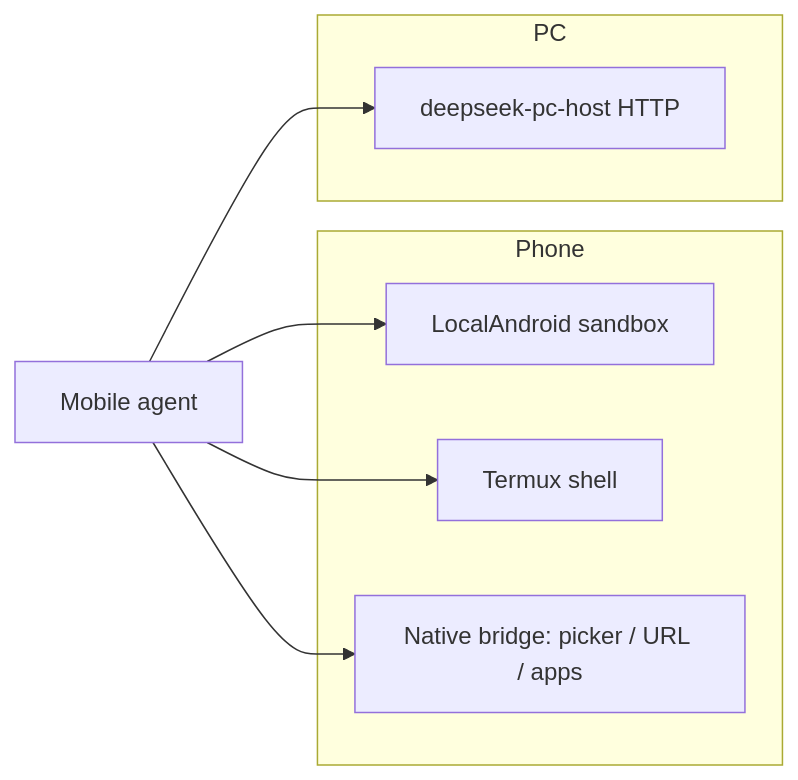
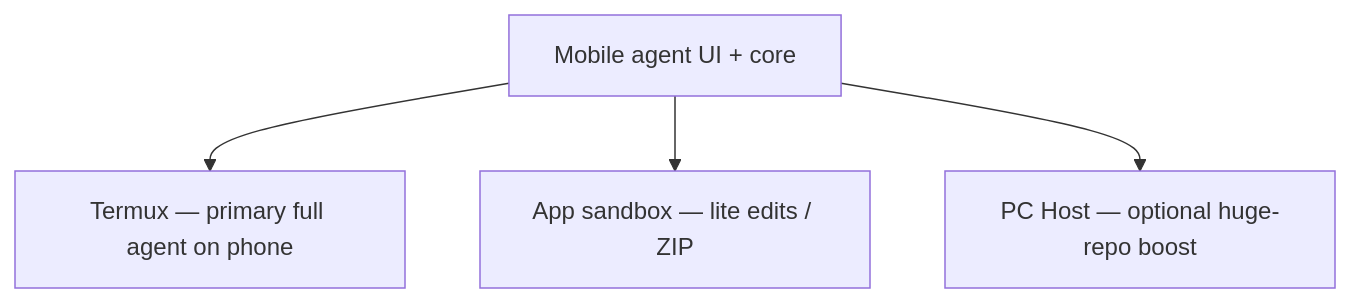
Before and after one commit to Vladrus39/DeepSeek-Mobile: the diagram in docs/EXTENDED_CONTROL_ROADMAP.md, drawn with Mermaid. The commit also changed other lines of this file and 11 other files, not shown here.

First line of the commit message:
Realign product to phone-first: Termux is the full agent path, PC optional.

````diff
--- a/docs/EXTENDED_CONTROL_ROADMAP.md
+++ b/docs/EXTENDED_CONTROL_ROADMAP.md
@@ -20,15 +9,10 @@
 ```mermaid
-flowchart LR
-  subgraph phone [Phone]
-    A[LocalAndroid sandbox]
-    T[Termux shell]
-    N[Native bridge: picker / URL / apps]
-  end
-  subgraph pc [PC]
-    H[deepseek-pc-host HTTP]
-  end
-  Agent[Mobile agent] --> A
+flowchart TB
+  Agent[Mobile agent UI + core]
+  T[Termux — primary full agent on phone]
+  S[App sandbox — lite edits / ZIP]
+  P[PC Host — optional huge-repo boost]
   Agent --> T
-  Agent --> N
-  Agent --> H
+  Agent --> S
+  Agent --> P
 ```
````
